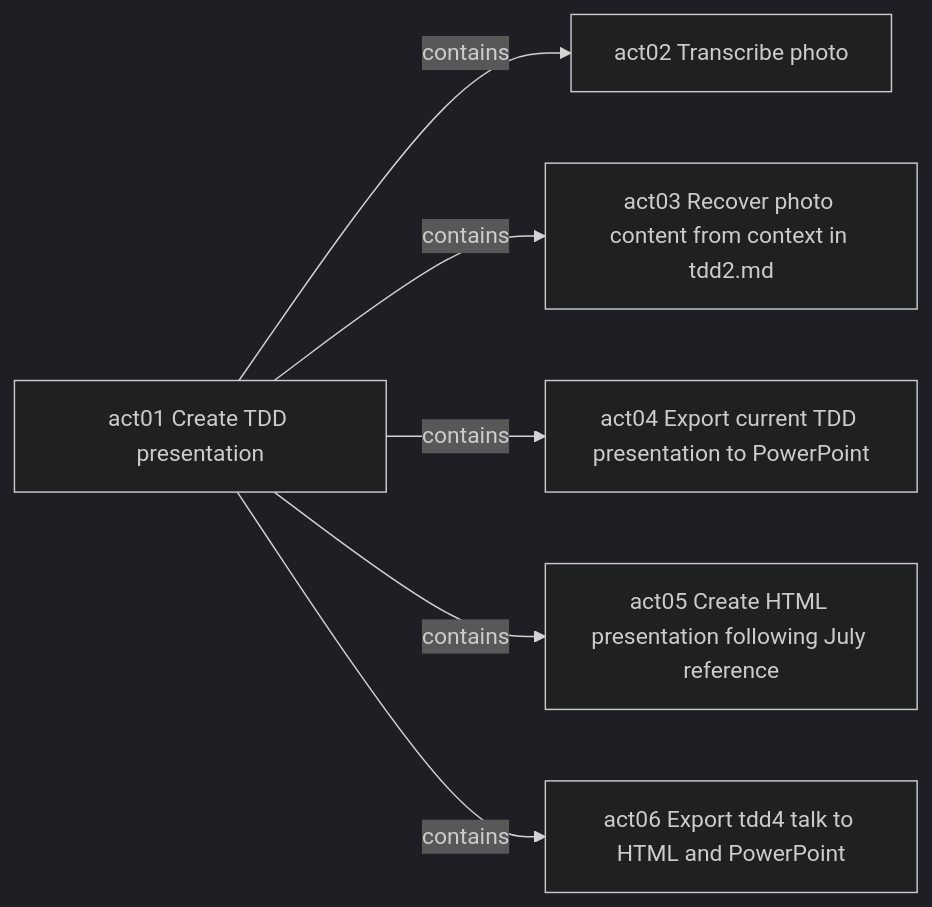
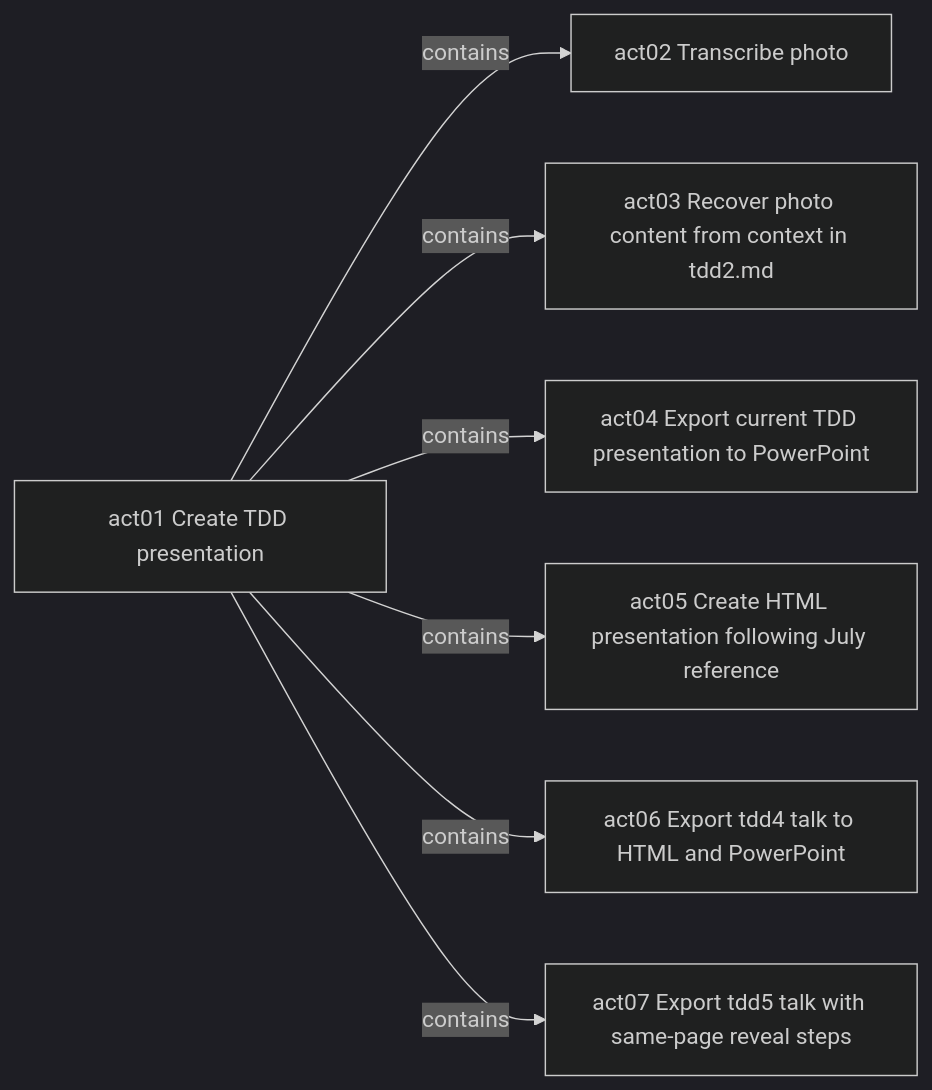
Before and after one commit to raisercostin/tdd-talk: the diagram in .act/acts.md, drawn with Mermaid (dark theme). The commit also changed other lines of this file and 2 other files, not shown here.

````diff
--- a/.act/acts.md
+++ b/.act/acts.md
@@ -59,14 +66,16 @@
 ```mermaid
 flowchart LR
   act01["act01 Create TDD presentation"]
   act02["act02 Transcribe photo"]
   act03["act03 Recover photo content from context in tdd2.md"]
   act04["act04 Export current TDD presentation to PowerPoint"]
   act05["act05 Create HTML presentation following July reference"]
   act06["act06 Export tdd4 talk to HTML and PowerPoint"]
+  act07["act07 Export tdd5 talk with same-page reveal steps"]
   act01 -->|contains| act02
   act01 -->|contains| act03
   act01 -->|contains| act04
   act01 -->|contains| act05
   act01 -->|contains| act06
+  act01 -->|contains| act07
 ```
````
